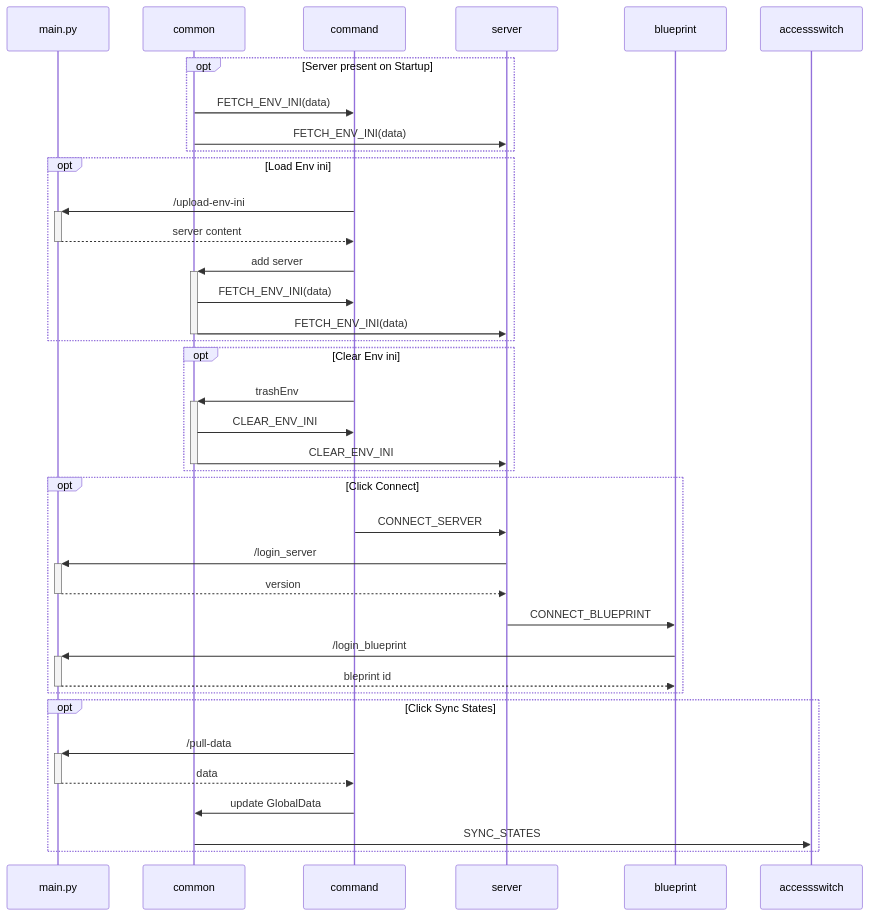
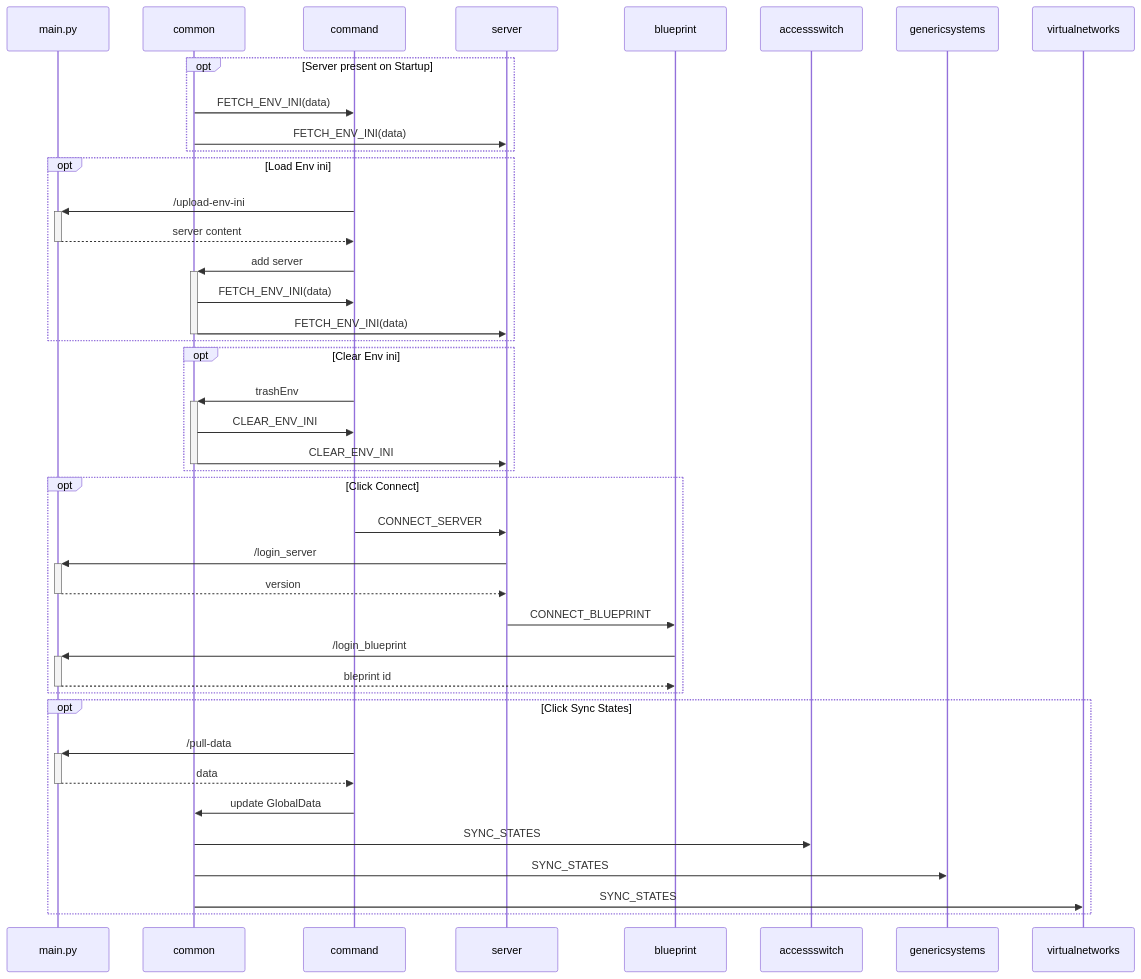
Before and after one commit to kimcharli/bp-consolidation-web: the diagram in README-sequences.md, drawn with Mermaid. The commit also changed 2 other files, not shown here.

Commit message:
add new_label

````diff
--- a/README-sequences.md
+++ b/README-sequences.md
@@ -1,41 +1,45 @@
 ```mermaid
 sequenceDiagram
     participant main.py
     participant common
     participant command
     participant server
     participant blueprint
+    participant accessswitch
+    participant genericsystems
 
     opt Server present on Startup
         common ->> command: FETCH_ENV_INI(data)
         common ->> server: FETCH_ENV_INI(data)
     end
     opt Load Env ini
         command ->> +main.py: /upload-env-ini
         main.py -->> -command: server content
         command ->> +common: add server
         common ->> command: FETCH_ENV_INI(data)
         common ->> -server: FETCH_ENV_INI(data)
     end
     opt Clear Env ini
         command ->> +common: trashEnv
         common ->> command: CLEAR_ENV_INI
         common ->> -server: CLEAR_ENV_INI
     end
     opt Click Connect
         command ->> server: CONNECT_SERVER
         server ->> +main.py: /login_server
         main.py -->> -server: version
         server ->> blueprint: CONNECT_BLUEPRINT
         blueprint ->> +main.py: /login_blueprint
         main.py -->> -blueprint: bleprint id
     end
     opt Click Sync States
         command ->> +main.py: /pull-data
         main.py -->> -command: data
         command ->> common: update GlobalData
         common ->> accessswitch: SYNC_STATES
+        common ->> genericsystems: SYNC_STATES
+        common ->> virtualnetworks: SYNC_STATES
 
     end
 
 ```
````
